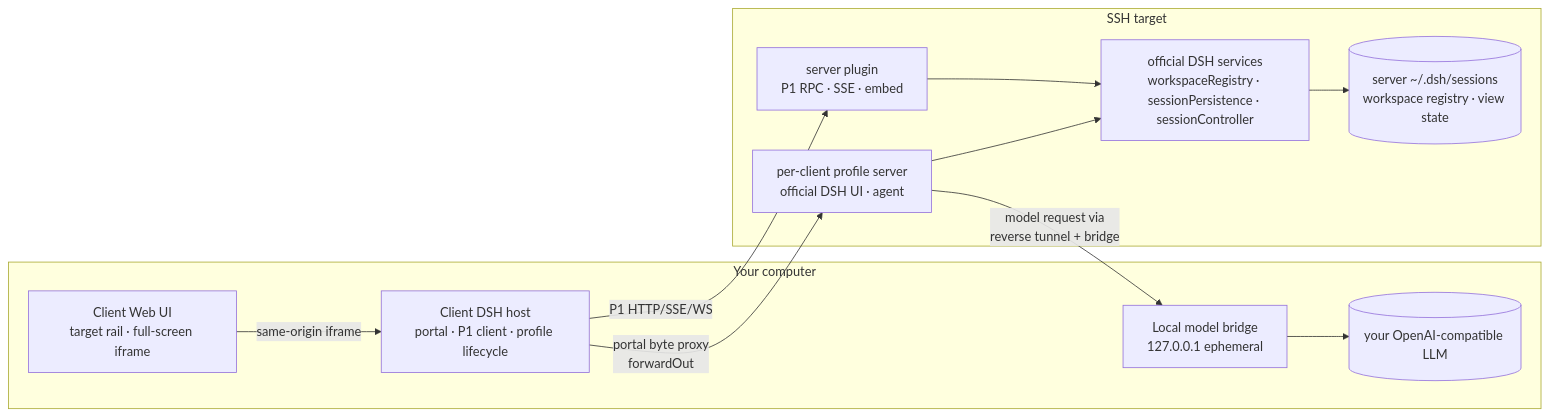
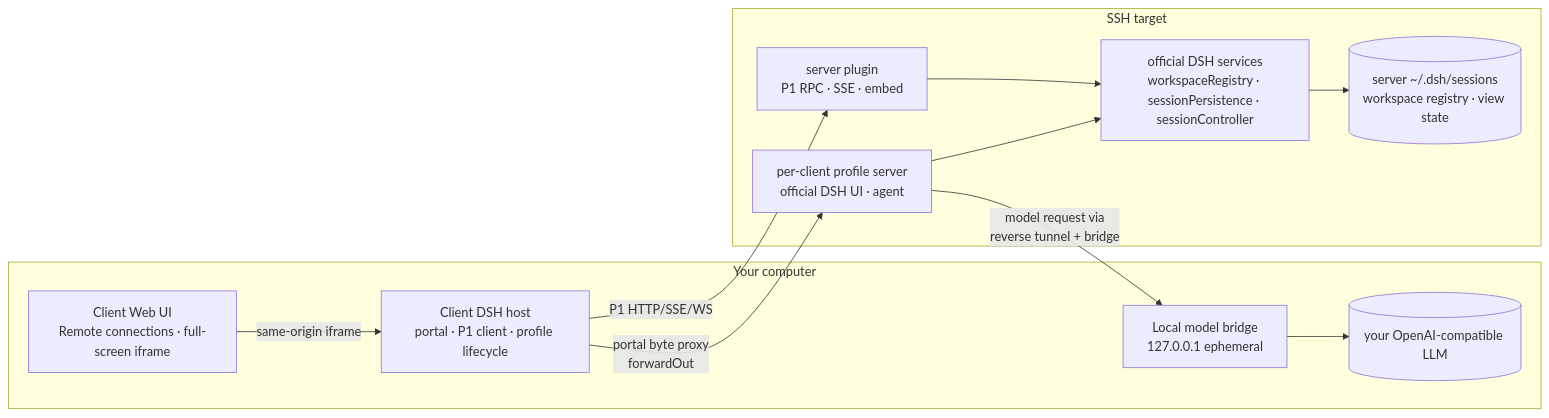
Before and after one commit to graydovee/dsh-remote-window: the diagram in README.md, drawn with Mermaid. The commit also changed other lines of this file and 91 other files, not shown here.

First line of the commit message:
refactor!: rename to dsh-remote-workspace with a native connections panel

````diff
--- a/README.md
+++ b/README.md
@@ -89,22 +87,22 @@
 ```mermaid
 flowchart LR
   subgraph client [Your computer]
-    UI[Client Web UI<br/>target rail · full-screen iframe]
+    UI[Client Web UI<br/>Remote connections · full-screen iframe]
     CHOST[Client DSH host<br/>portal · P1 client · profile lifecycle]
     LOCAL[Local model bridge<br/>127.0.0.1 ephemeral]
     LLM[(your OpenAI-compatible LLM)]
   end
   subgraph server [SSH target]
     PROF[per-client profile server<br/>official DSH UI · agent]
     PLUG[server plugin<br/>P1 RPC · SSE · embed]
     OFF[official DSH services<br/>workspaceRegistry · sessionPersistence · sessionController]
     LOG[(server ~/.dsh/sessions<br/>workspace registry · view state)]
   end
   UI -->|same-origin iframe| CHOST
   CHOST -->|portal byte proxy<br/>forwardOut| PROF
   CHOST -->|P1 HTTP/SSE/WS| PLUG
   PROF -->|model request via<br/>reverse tunnel + bridge| LOCAL
   LOCAL --> LLM
   PLUG --> OFF --> LOG
   PROF --> OFF
 ```
````
